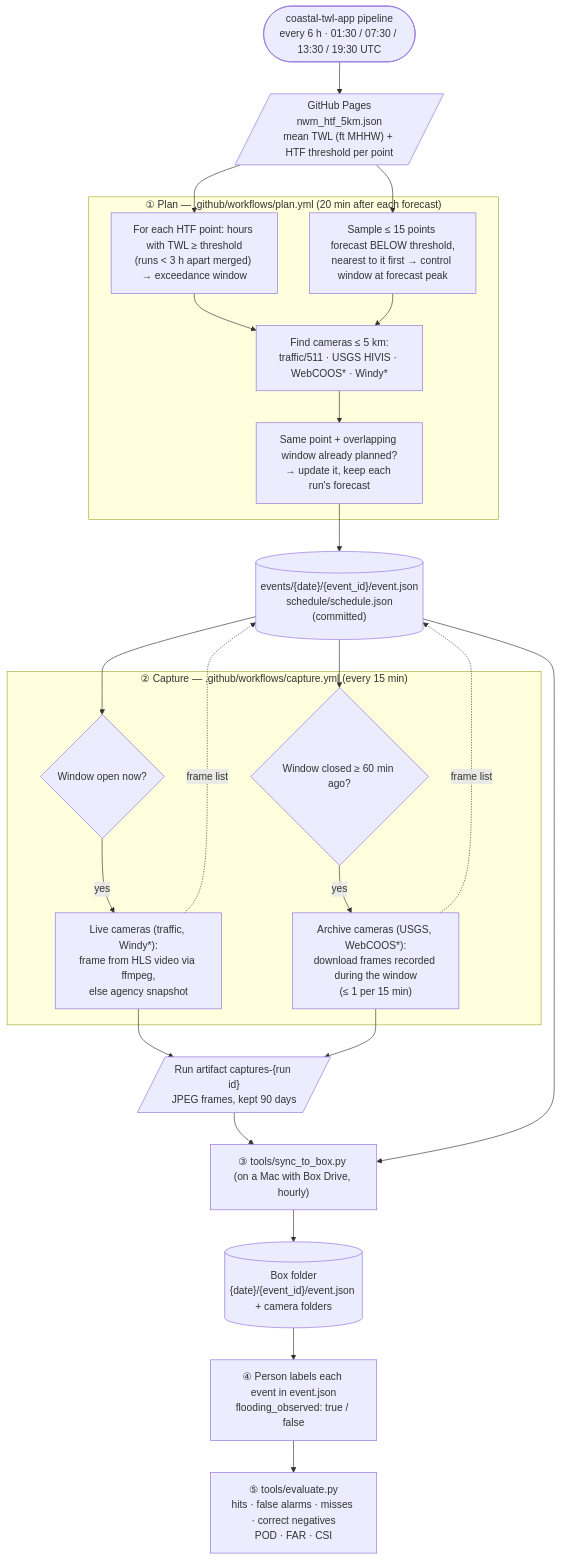
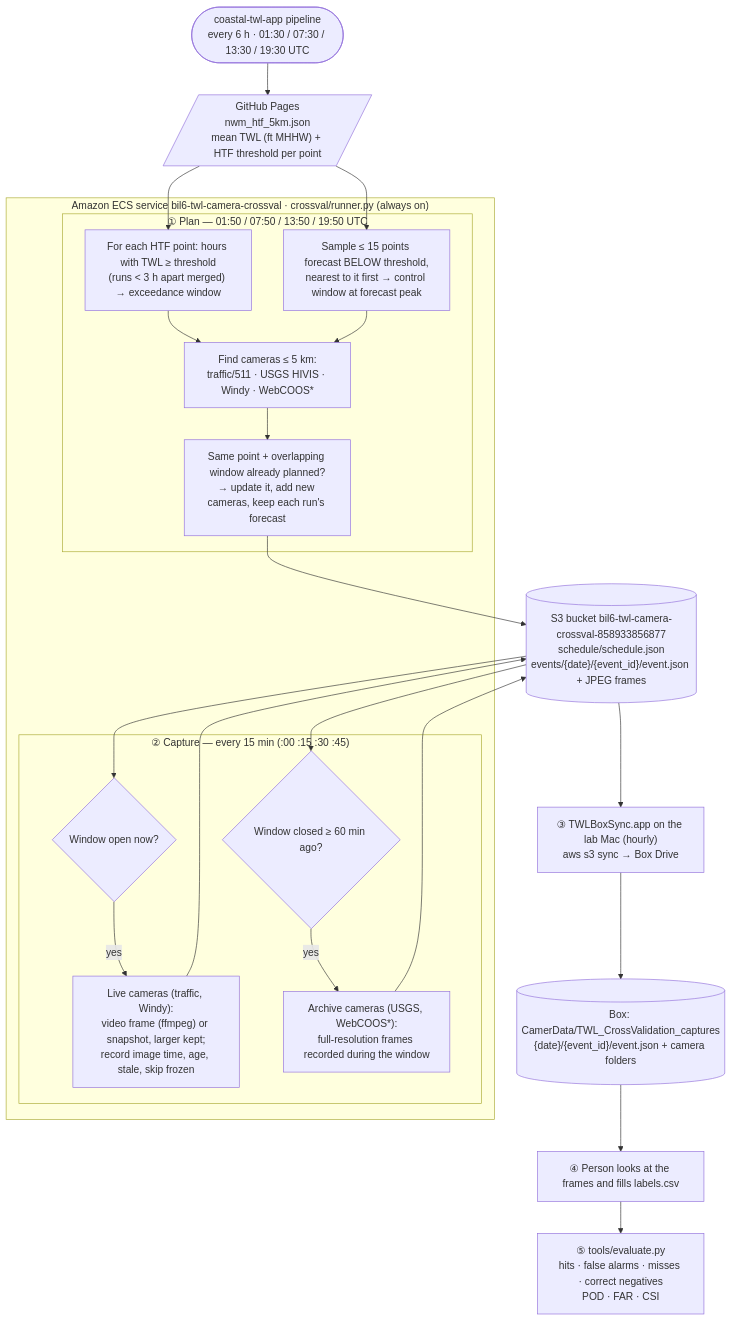
Before and after one commit to Ehsankahrizi/TWL_Camera_CrossValidation: the diagram in README.md, drawn with Mermaid. The commit also changed other lines of this file and 1 other file, not shown here.

First line of the commit message:
README: ECS deployment steps; labels in labels.csv

````diff
--- a/README.md
+++ b/README.md
@@ -14,38 +16,36 @@
 ```mermaid
 flowchart TD
     TWL(["coastal-twl-app pipeline<br/>every 6 h · 01:30 / 07:30 / 13:30 / 19:30 UTC"])
     TWL --> PAGES[/"GitHub Pages<br/>nwm_htf_5km.json<br/>mean TWL (ft MHHW) + HTF threshold per point"/]
 
-    subgraph PLAN["① Plan — .github/workflows/plan.yml (20 min after each forecast)"]
-        P1["For each HTF point: hours with TWL ≥ threshold<br/>(runs < 3 h apart merged) → exceedance window"]
-        P2["Sample ≤ 15 points forecast BELOW threshold,<br/>nearest to it first → control window at forecast peak"]
-        P3["Find cameras ≤ 5 km:<br/>traffic/511 · USGS HIVIS · WebCOOS* · Windy*"]
-        P4["Same point + overlapping window already planned?<br/>→ update it, keep each run's forecast"]
-        P1 --> P3
-        P2 --> P3 --> P4
+    subgraph ECS["Amazon ECS service bil6-twl-camera-crossval · crossval/runner.py (always on)"]
+        subgraph PLAN["① Plan — 01:50 / 07:50 / 13:50 / 19:50 UTC"]
+            P1["For each HTF point: hours with TWL ≥ threshold<br/>(runs < 3 h apart merged) → exceedance window"]
+            P2["Sample ≤ 15 points forecast BELOW threshold,<br/>nearest to it first → control window at forecast peak"]
+            P3["Find cameras ≤ 5 km:<br/>traffic/511 · USGS HIVIS · Windy · WebCOOS*"]
+            P4["Same point + overlapping window already planned?<br/>→ update it, add new cameras, keep each run's forecast"]
+            P1 --> P3
+            P2 --> P3 --> P4
+        end
+        subgraph CAP["② Capture — every 15 min (:00 :15 :30 :45)"]
+            C1{"Window open now?"}
+            C2["Live cameras (traffic, Windy):<br/>video frame (ffmpeg) or snapshot, larger kept;<br/>record image time, age, stale, skip frozen"]
+            C3{"Window closed ≥ 60 min ago?"}
+            C4["Archive cameras (USGS, WebCOOS*):<br/>full-resolution frames recorded during the window"]
+            C1 -- yes --> C2
+            C3 -- yes --> C4
+        end
     end
     PAGES --> P1
     PAGES --> P2
-    P4 --> EV[("events/{date}/{event_id}/event.json<br/>schedule/schedule.json<br/>(committed)")]
+    P4 --> S3[("S3 bucket bil6-twl-camera-crossval-858933856877<br/>schedule/schedule.json<br/>events/{date}/{event_id}/event.json + JPEG frames")]
+    S3 --> C1
+    S3 --> C3
+    C2 --> S3
+    C4 --> S3
 
-    subgraph CAP["② Capture — .github/workflows/capture.yml (every 15 min)"]
-        C1{"Window open now?"}
-        C2["Live cameras (traffic, Windy*):<br/>frame from HLS video via ffmpeg,<br/>else agency snapshot"]
-        C3{"Window closed ≥ 60 min ago?"}
-        C4["Archive cameras (USGS, WebCOOS*):<br/>download frames recorded during the window<br/>(≤ 1 per 15 min)"]
-        C1 -- yes --> C2
-        C3 -- yes --> C4
-    end
-    EV --> C1
-    EV --> C3
-    C2 --> ART[/"Run artifact captures-{run id}<br/>JPEG frames, kept 90 days"/]
-    C4 --> ART
-    C2 -. frame list .-> EV
-    C4 -. frame list .-> EV
-
-    ART --> SYNC["③ tools/sync_to_box.py (on a Mac with Box Drive, hourly)"]
-    EV --> SYNC
-    SYNC --> BOX[("Box folder<br/>{date}/{event_id}/event.json + camera folders")]
-    BOX --> LAB["④ Person labels each event in event.json<br/>flooding_observed: true / false"]
+    S3 --> SYNC["③ TWLBoxSync.app on the lab Mac (hourly)<br/>aws s3 sync → Box Drive"]
+    SYNC --> BOX[("Box: CamerData/TWL_CrossValidation_captures<br/>{date}/{event_id}/event.json + camera folders")]
+    BOX --> LAB["④ Person looks at the frames and fills labels.csv"]
     LAB --> EVAL["⑤ tools/evaluate.py<br/>hits · false alarms · misses · correct negatives<br/>POD · FAR · CSI"]
 ```
````
